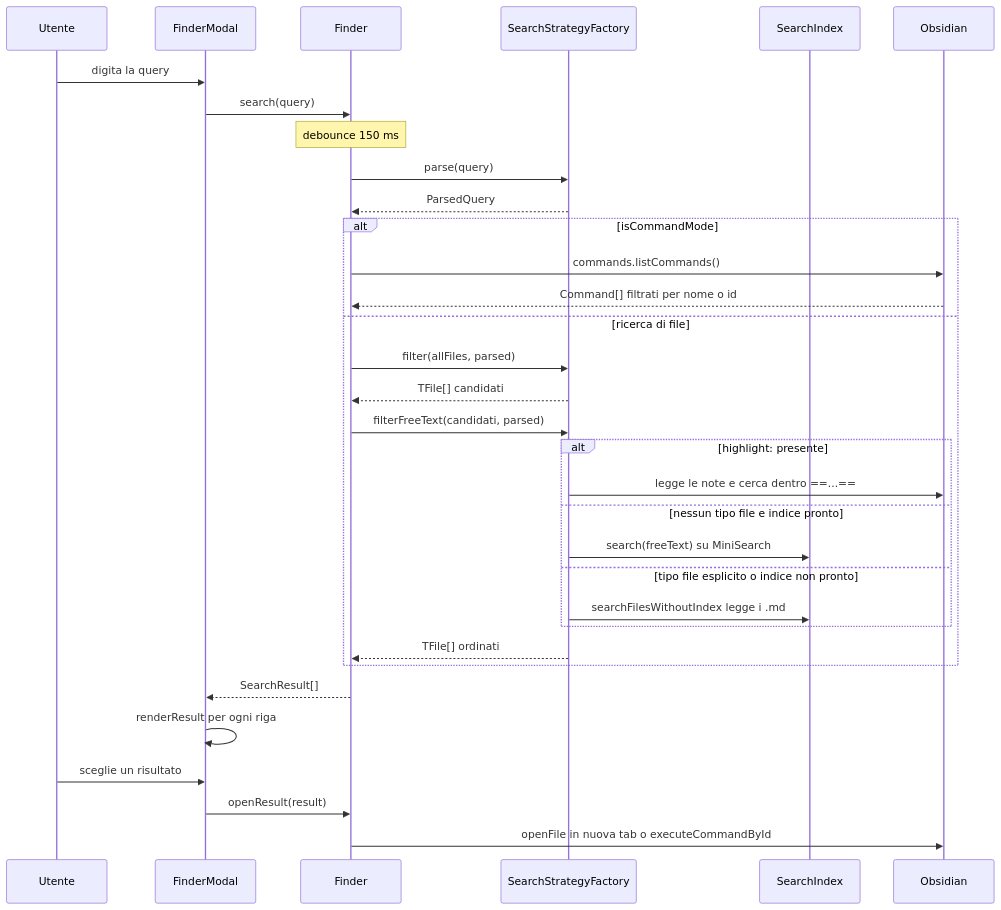
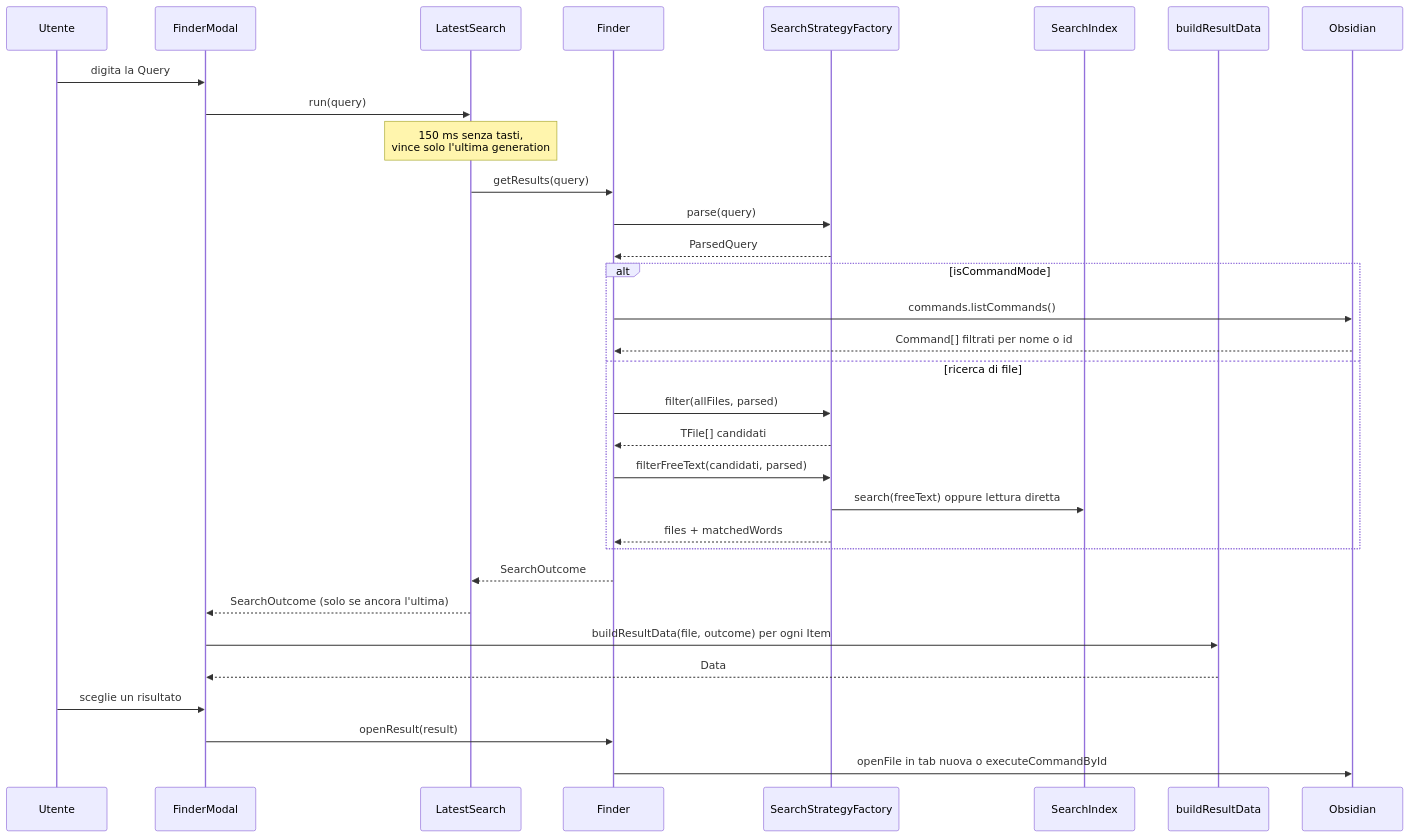
One commit to faienz93/obsidian-better-finder changed the diagram in docs/02-flusso-ricerca.md. Above: the diagram before and after it, drawn with Mermaid. The commit also changed other lines of this file and 10 other files, not shown here.

First line of the commit message:
docs: regenerate project wiki after the result data work

````diff
--- a/docs/02-flusso-ricerca.md
+++ b/docs/02-flusso-ricerca.md
@@ -7,36 +7,35 @@
 ```mermaid
 sequenceDiagram
   participant U as Utente
   participant M as FinderModal
+  participant L as LatestSearch
   participant F as Finder
   participant S as SearchStrategyFactory
   participant I as SearchIndex
+  participant R as buildResultData
   participant O as Obsidian
 
-  U->>M: digita la query
-  M->>F: search(query)
-  Note over F: debounce 150 ms
+  U->>M: digita la Query
+  M->>L: run(query)
+  Note over L: 150 ms senza tasti,<br/>vince solo l'ultima generation
+  L->>F: getResults(query)
   F->>S: parse(query)
   S-->>F: ParsedQuery
   alt isCommandMode
     F->>O: commands.listCommands()
     O-->>F: Command[] filtrati per nome o id
   else ricerca di file
     F->>S: filter(allFiles, parsed)
     S-->>F: TFile[] candidati
     F->>S: filterFreeText(candidati, parsed)
-    alt highlight: presente
-      S->>O: legge le note e cerca dentro ==...==
-    else nessun tipo file e indice pronto
-      S->>I: search(freeText) su MiniSearch
-    else tipo file esplicito o indice non pronto
-      S->>I: searchFilesWithoutIndex legge i .md
-    end
-    S-->>F: TFile[] ordinati
+    S->>I: search(freeText) oppure lettura diretta
+    S-->>F: files + matchedWords
   end
-  F-->>M: SearchResult[]
-  M->>M: renderResult per ogni riga
+  F-->>L: SearchOutcome
+  L-->>M: SearchOutcome (solo se ancora l'ultima)
+  M->>R: buildResultData(file, outcome) per ogni Item
+  R-->>M: Data
   U->>M: sceglie un risultato
   M->>F: openResult(result)
-  F->>O: openFile in nuova tab o executeCommandById
+  F->>O: openFile in tab nuova o executeCommandById
 ```
````
